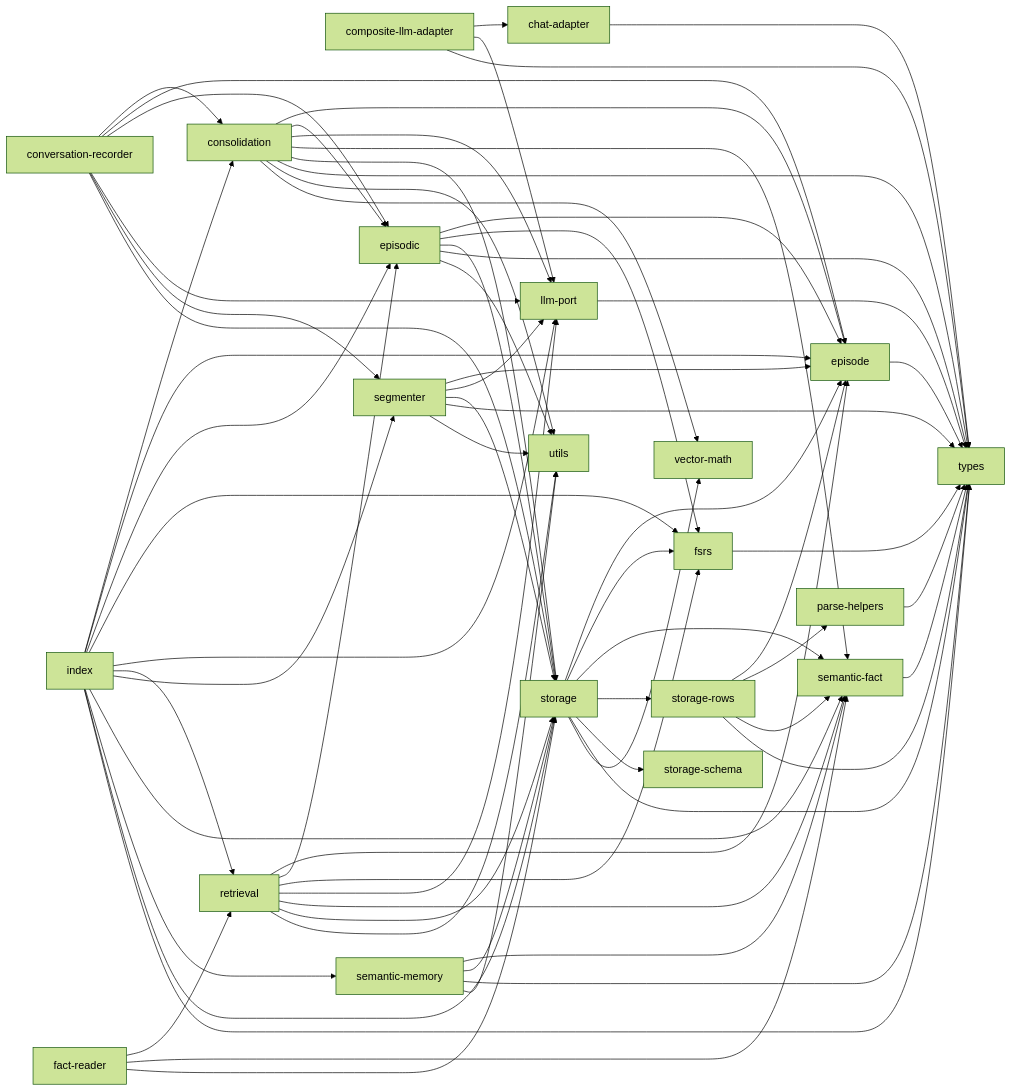
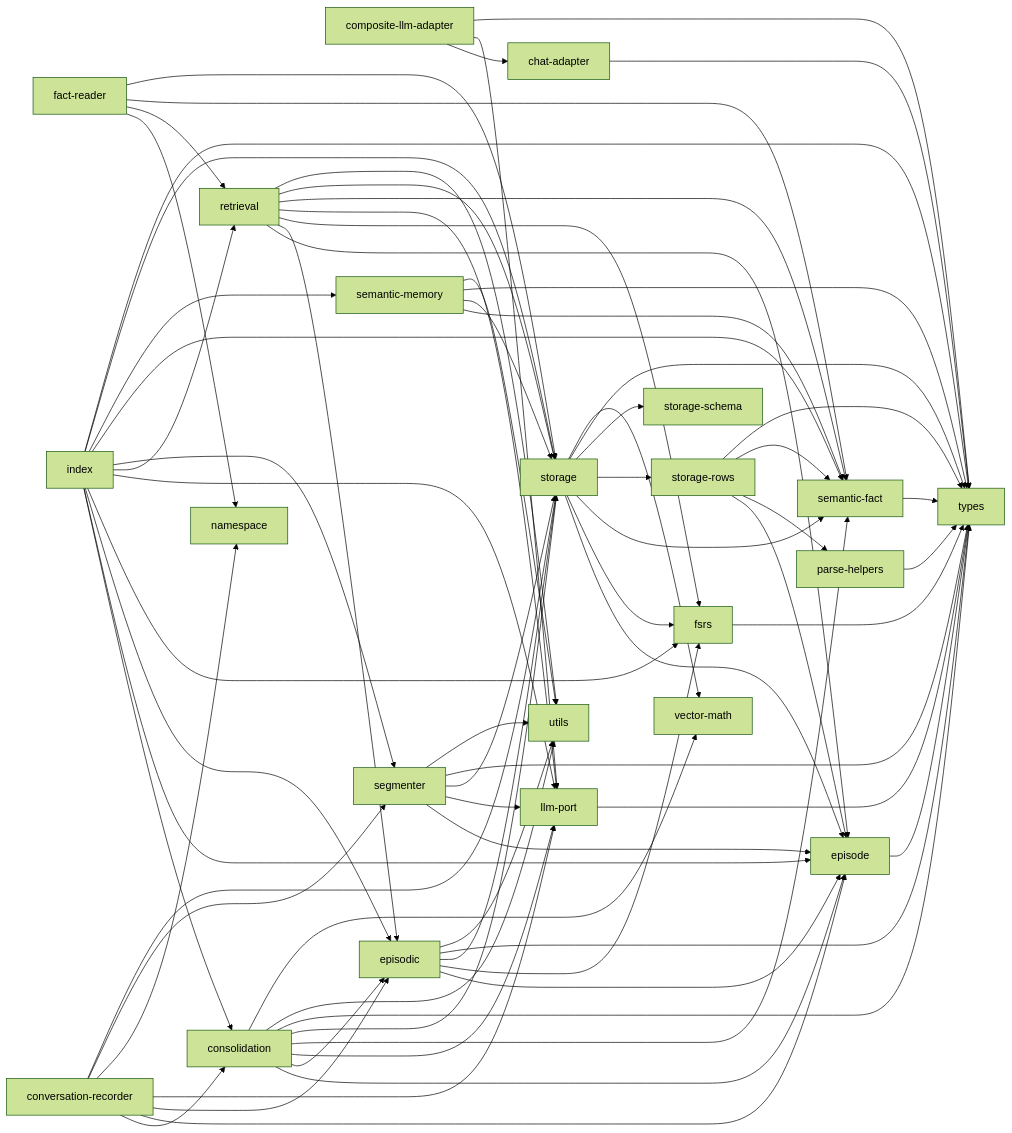
Before and after one commit to OJII3/vicissitude: the diagram in packages/memory/DEPS.md, drawn with Mermaid (forest theme). The commit also changed other lines of this file and 29 other files, not shown here.

````diff
--- a/packages/memory/DEPS.md
+++ b/packages/memory/DEPS.md
@@ -7,76 +7,79 @@
 ```mermaid
 graph LR
   chat_adapter["chat-adapter"] --> types
   composite_llm_adapter["composite-llm-adapter"] --> chat_adapter["chat-adapter"]
   composite_llm_adapter["composite-llm-adapter"] --> llm_port["llm-port"]
   composite_llm_adapter["composite-llm-adapter"] --> types
   consolidation --> episode
   consolidation --> episodic
   consolidation --> llm_port["llm-port"]
   consolidation --> semantic_fact["semantic-fact"]
   consolidation --> storage
   consolidation --> types
   consolidation --> utils
   consolidation --> vector_math["vector-math"]
   conversation_recorder["conversation-recorder"] --> consolidation
   conversation_recorder["conversation-recorder"] --> episode
   conversation_recorder["conversation-recorder"] --> episodic
   conversation_recorder["conversation-recorder"] --> llm_port["llm-port"]
+  conversation_recorder["conversation-recorder"] --> namespace
   conversation_recorder["conversation-recorder"] --> segmenter
   conversation_recorder["conversation-recorder"] --> storage
   episode --> types
   episodic --> episode
   episodic --> fsrs
   episodic --> storage
   episodic --> types
   episodic --> utils
+  fact_reader["fact-reader"] --> namespace
   fact_reader["fact-reader"] --> retrieval
   fact_reader["fact-reader"] --> semantic_fact["semantic-fact"]
   fact_reader["fact-reader"] --> storage
   fsrs --> types
   index --> consolidation
   index --> episode
   index --> episodic
   index --> fsrs
   index --> llm_port["llm-port"]
   index --> retrieval
   index --> segmenter
   index --> semantic_fact["semantic-fact"]
   index --> semantic_memory["semantic-memory"]
   index --> storage
   index --> types
   llm_port["llm-port"] --> types
+  namespace
   parse_helpers["parse-helpers"] --> types
   retrieval --> episode
   retrieval --> episodic
   retrieval --> fsrs
   retrieval --> llm_port["llm-port"]
   retrieval --> semantic_fact["semantic-fact"]
   retrieval --> storage
   retrieval --> utils
   segmenter --> episode
   segmenter --> llm_port["llm-port"]
   segmenter --> storage
   segmenter --> types
   segmenter --> utils
   semantic_fact["semantic-fact"] --> types
   semantic_memory["semantic-memory"] --> semantic_fact["semantic-fact"]
   semantic_memory["semantic-memory"] --> storage
   semantic_memory["semantic-memory"] --> types
   semantic_memory["semantic-memory"] --> utils
   storage --> episode
   storage --> fsrs
   storage --> semantic_fact["semantic-fact"]
   storage --> storage_rows["storage-rows"]
   storage --> storage_schema["storage-schema"]
   storage --> types
   storage --> vector_math["vector-math"]
   storage_rows["storage-rows"] --> episode
   storage_rows["storage-rows"] --> parse_helpers["parse-helpers"]
   storage_rows["storage-rows"] --> semantic_fact["semantic-fact"]
   storage_rows["storage-rows"] --> types
   storage_schema["storage-schema"]
   types
   utils
   vector_math["vector-math"]
 ```
````
